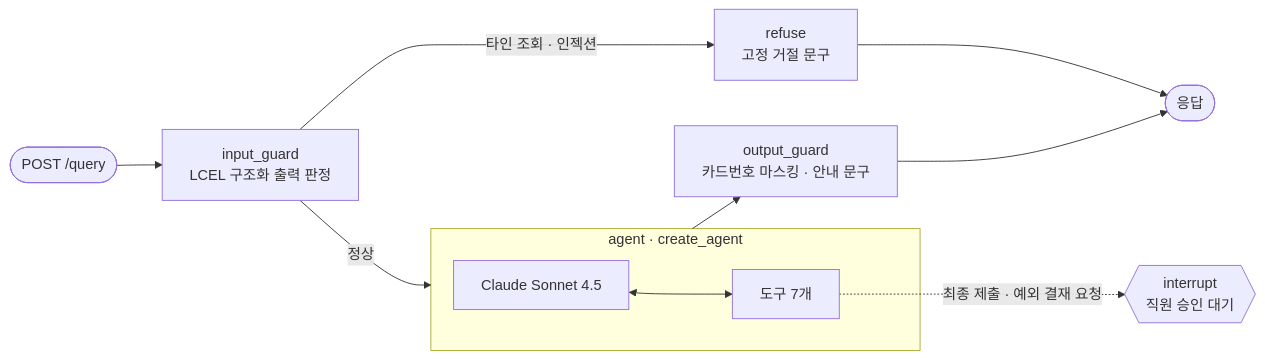
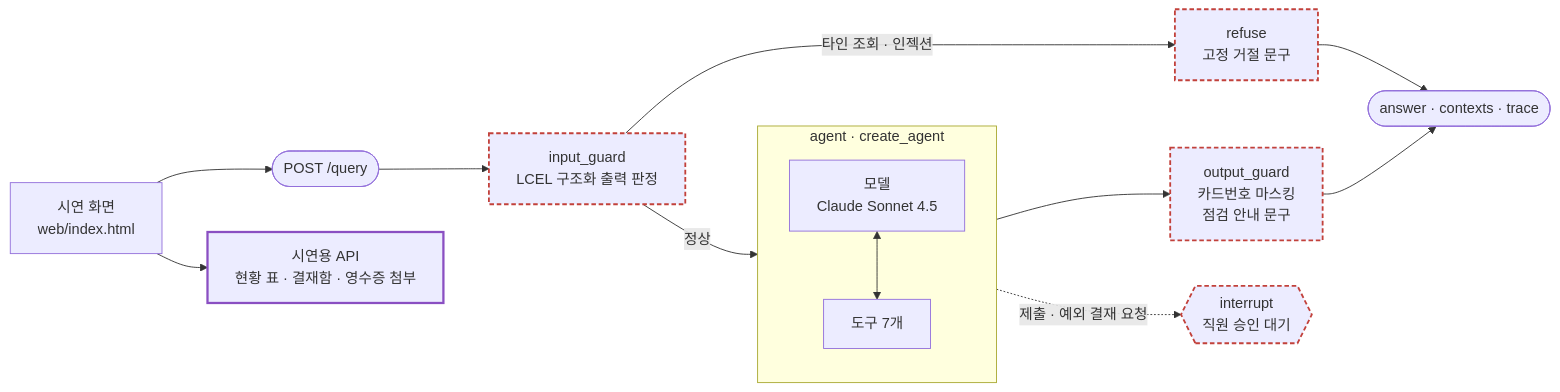
The second of 3 diagrams in README.md (v4unme/mini-pjt-travel-settlement-agent), drawn with Mermaid before and after one commit. The commit also changed other lines of this file, not shown here.

````diff
--- a/README.md
+++ b/README.md
@@ -23,11 +57,21 @@
 ```mermaid
 flowchart LR
-  Q([POST /query]) --> IG[input_guard<br/>LCEL 구조화 출력 판정]
+  W[시연 화면<br/>web/index.html] --> Q([POST /query])
+  Q --> IG[input_guard<br/>LCEL 구조화 출력 판정]
   IG -- 정상 --> AG
-  IG -- 타인 조회 · 인젝션 --> RF[refuse<br/>고정 거절 문구] --> E([응답])
+  IG -- 타인 조회 · 인젝션 --> RF[refuse<br/>고정 거절 문구]
+  RF --> E([answer · contexts · trace])
   subgraph AG [agent · create_agent]
-    M[Claude Sonnet 4.5] <--> T[도구 7개]
+    direction TB
+    M[모델<br/>Claude Sonnet 4.5] <--> T[도구 7개]
   end
-  AG --> OG[output_guard<br/>카드번호 마스킹 · 안내 문구] --> E
-  T -. 최종 제출 · 예외 결재 요청 .-> H{{interrupt<br/>직원 승인 대기}}
+  AG --> OG[output_guard<br/>카드번호 마스킹<br/>점검 안내 문구]
+  OG --> E
+  T -. 제출 · 예외 결재 요청 .-> H{{interrupt<br/>직원 승인 대기}}
+  W --> S[시연용 API<br/>현황 표 · 결재함 · 영수증 첨부]
+
+  classDef guard stroke:#c2413b,stroke-width:2px,stroke-dasharray:5 3
+  classDef demo stroke:#8a4fc2,stroke-width:2.5px
+  class IG,RF,OG,H guard
+  class S demo
 ```
````
